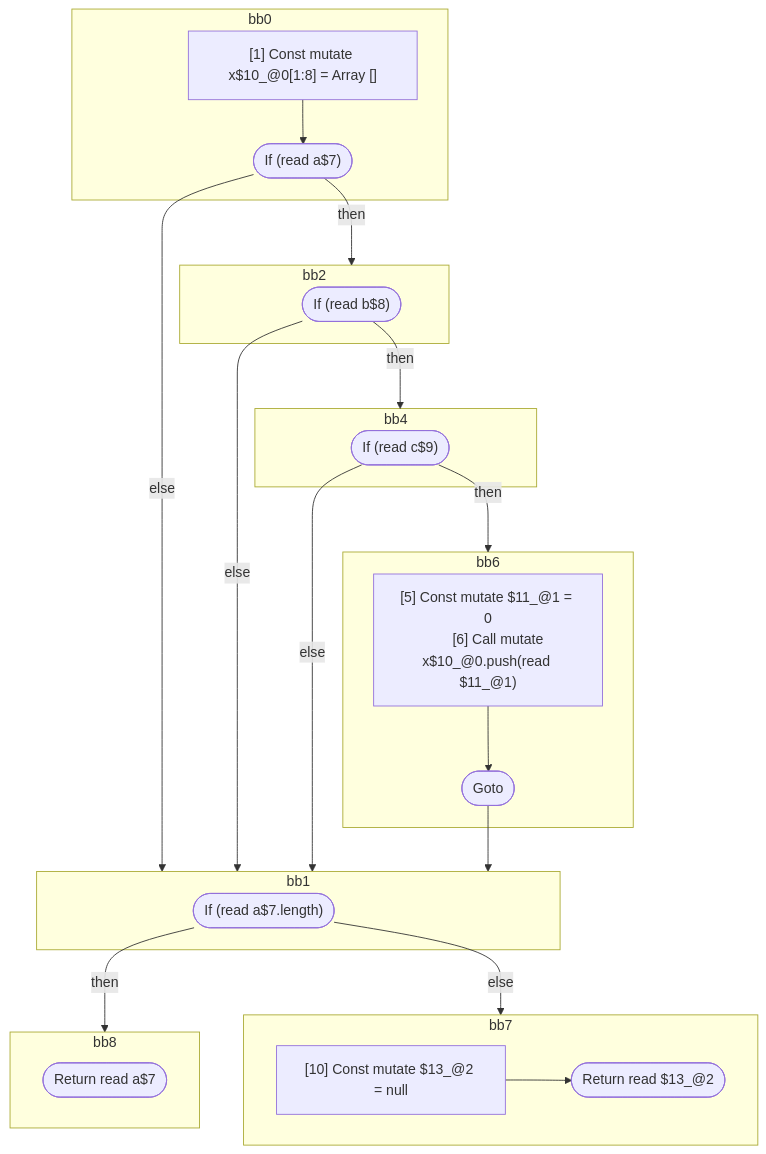
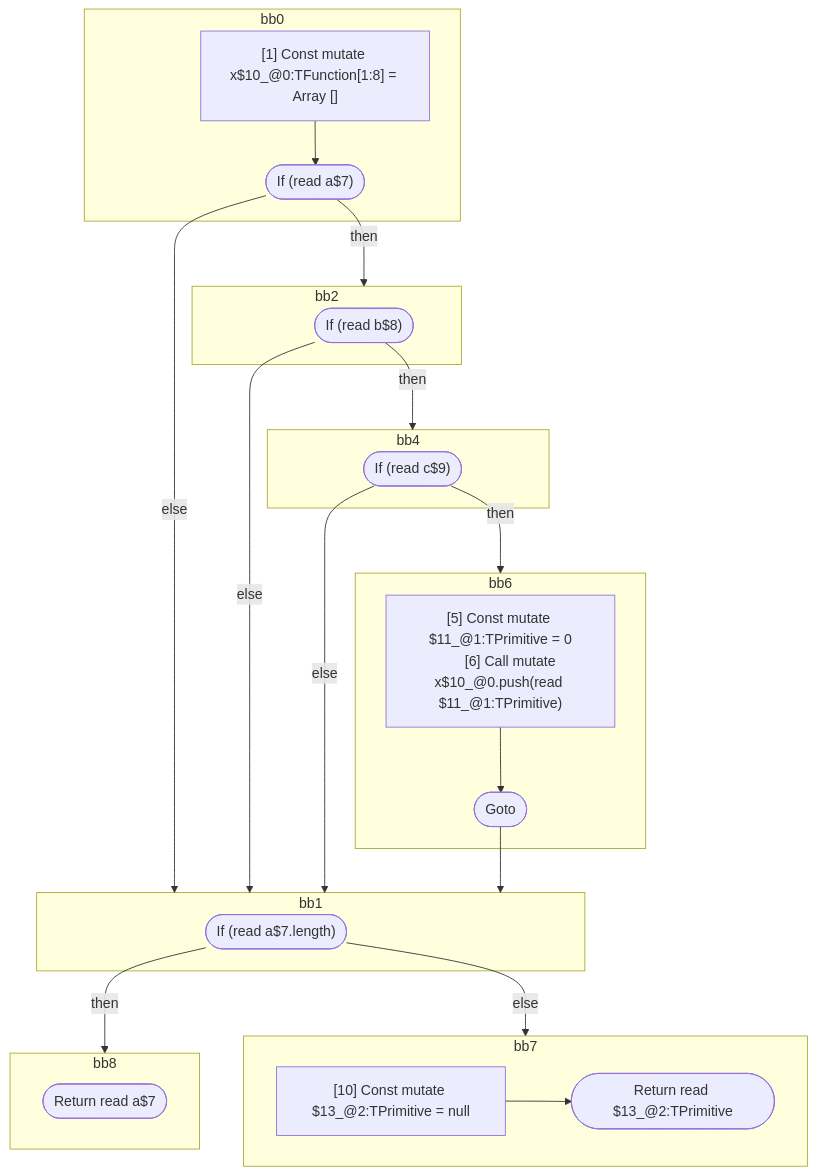
The diagram in compiler/forget/src/__tests__/fixtures/hir/extend-scopes-if.expect.md (wutsmog/private), drawn with Mermaid before and after one commit. The commit also changed other lines of this file and 112 other files, not shown here.

````diff
--- a/compiler/forget/src/__tests__/fixtures/hir/extend-scopes-if.expect.md
+++ b/compiler/forget/src/__tests__/fixtures/hir/extend-scopes-if.expect.md
@@ -85,47 +85,47 @@
 ```mermaid
 flowchart TB
   %% Basic Blocks
   subgraph bb0
     bb0_instrs["
-      [1] Const mutate x$10_@0[1:8] = Array []
+      [1] Const mutate x$10_@0:TFunction[1:8] = Array []
     "]
     bb0_instrs --> bb0_terminal(["If (read a$7)"])
   end
   subgraph bb2
     bb2_terminal(["If (read b$8)"])
   end
   subgraph bb4
     bb4_terminal(["If (read c$9)"])
   end
   subgraph bb6
     bb6_instrs["
-      [5] Const mutate $11_@1 = 0
-      [6] Call mutate x$10_@0.push(read $11_@1)
+      [5] Const mutate $11_@1:TPrimitive = 0
+      [6] Call mutate x$10_@0.push(read $11_@1:TPrimitive)
     "]
     bb6_instrs --> bb6_terminal(["Goto"])
   end
   subgraph bb1
     bb1_terminal(["If (read a$7.length)"])
   end
   subgraph bb8
     bb8_terminal(["Return read a$7"])
   end
   subgraph bb7
     bb7_instrs["
-      [10] Const mutate $13_@2 = null
+      [10] Const mutate $13_@2:TPrimitive = null
     "]
-    bb7_instrs --> bb7_terminal(["Return read $13_@2"])
+    bb7_instrs --> bb7_terminal(["Return read $13_@2:TPrimitive"])
   end
 
   %% Jumps
   bb0_terminal -- "then" --> bb2
   bb0_terminal -- "else" --> bb1
   bb2_terminal -- "then" --> bb4
   bb2_terminal -- "else" --> bb1
   bb4_terminal -- "then" --> bb6
   bb4_terminal -- "else" --> bb1
   bb6_terminal --> bb1
   bb1_terminal -- "then" --> bb8
   bb1_terminal -- "else" --> bb7
 
 ```
````
